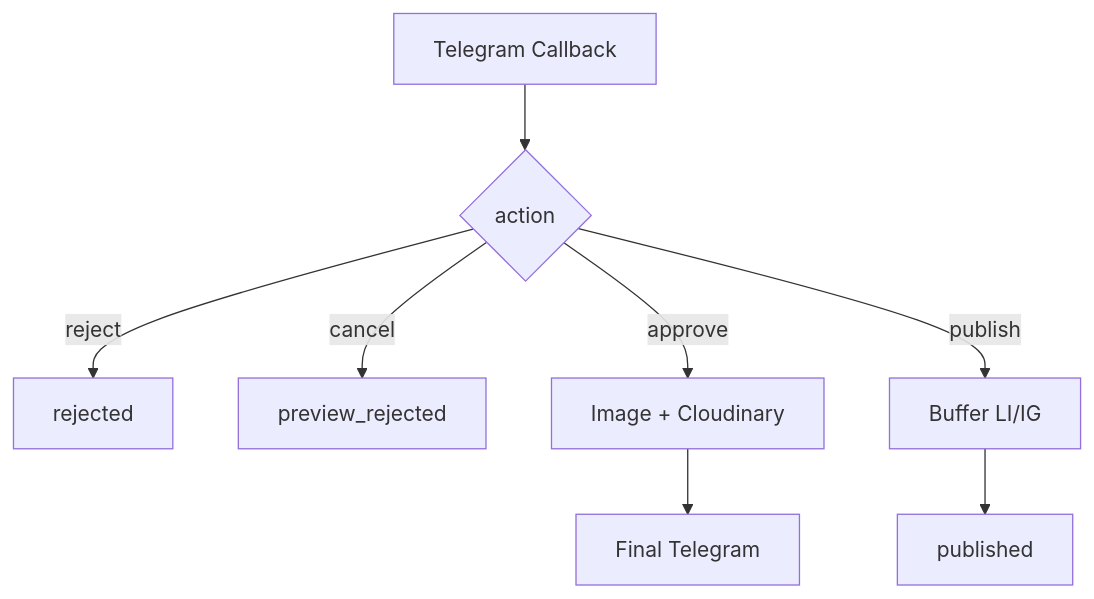
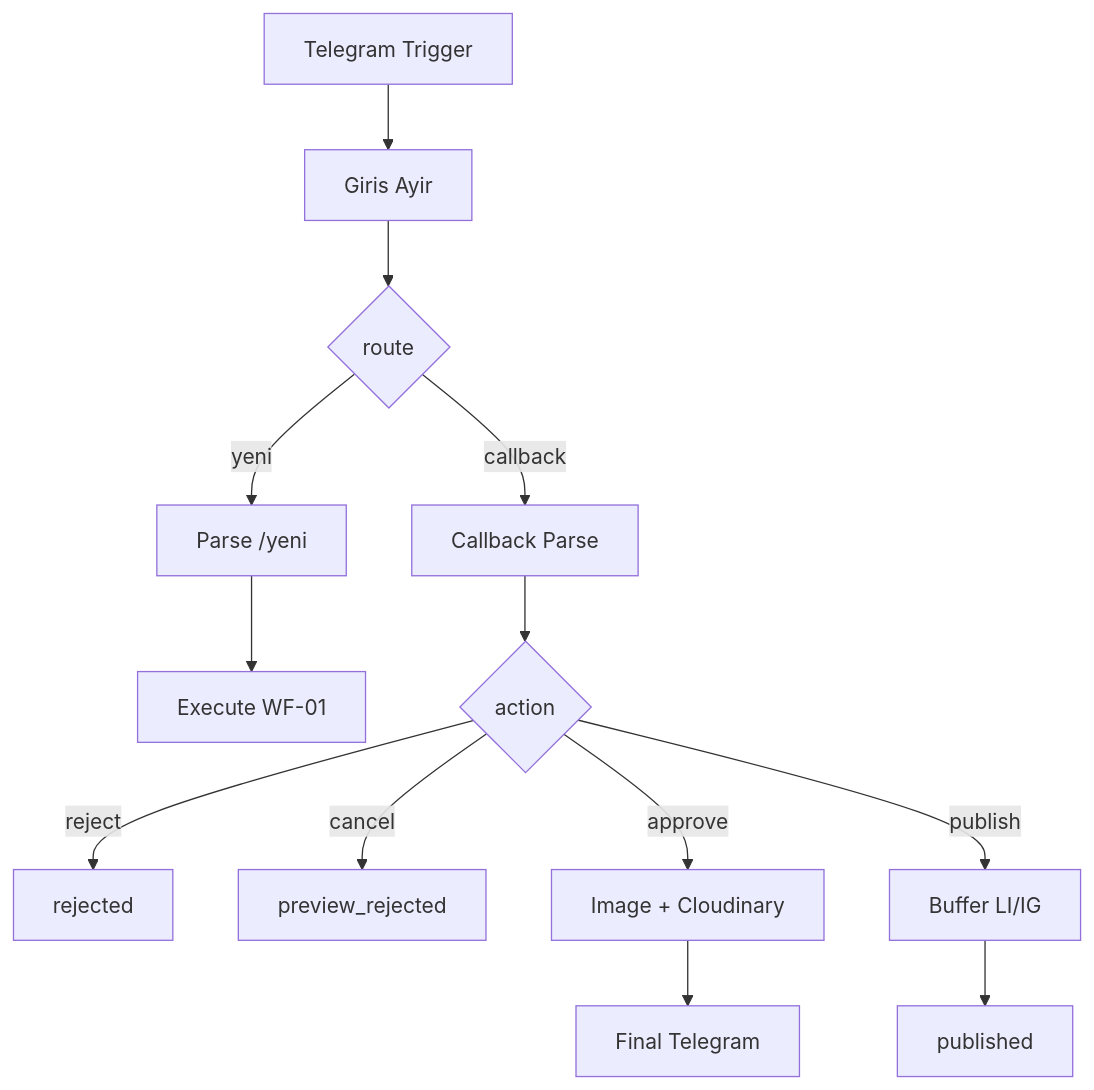
Before and after one commit to mustafaxln/social-media-agent: the fifth of 6 diagrams in docs/akis-semasi.md, drawn with Mermaid. The commit also changed other lines of this file and 18 other files, not shown here.

````diff
--- a/docs/akis-semasi.md
+++ b/docs/akis-semasi.md
@@ -60,10 +61,15 @@
 ```mermaid
 flowchart TD
-    A[Telegram Callback] --> B{action}
-    B -->|reject| R[rejected]
-    B -->|cancel| C[preview_rejected]
-    B -->|approve| G[Image + Cloudinary]
-    G --> F[Final Telegram]
-    B -->|publish| P[Buffer LI/IG]
-    P --> S[published]
+    A[Telegram Trigger] --> G[Giris Ayir]
+    G --> S{route}
+    S -->|yeni| P[Parse /yeni]
+    P --> E[Execute WF-01]
+    S -->|callback| CP[Callback Parse]
+    CP --> A2{action}
+    A2 -->|reject| R[rejected]
+    A2 -->|cancel| C[preview_rejected]
+    A2 -->|approve| IM[Image + Cloudinary]
+    IM --> F[Final Telegram]
+    A2 -->|publish| B[Buffer LI/IG]
+    B --> Pub[published]
 ```
````
